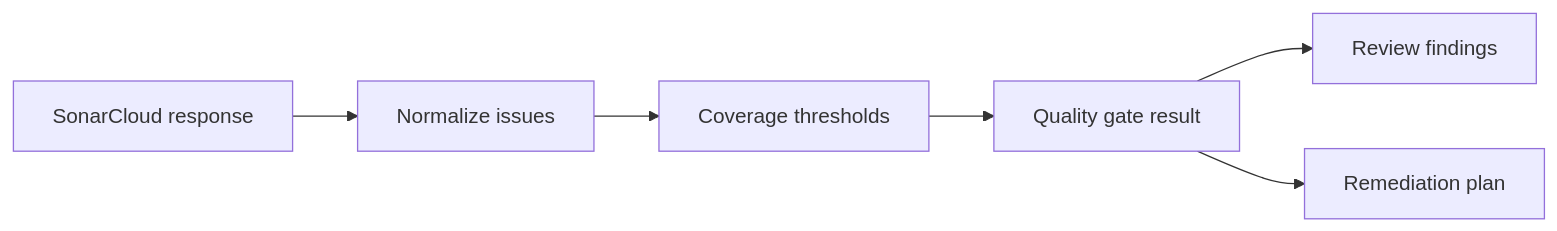
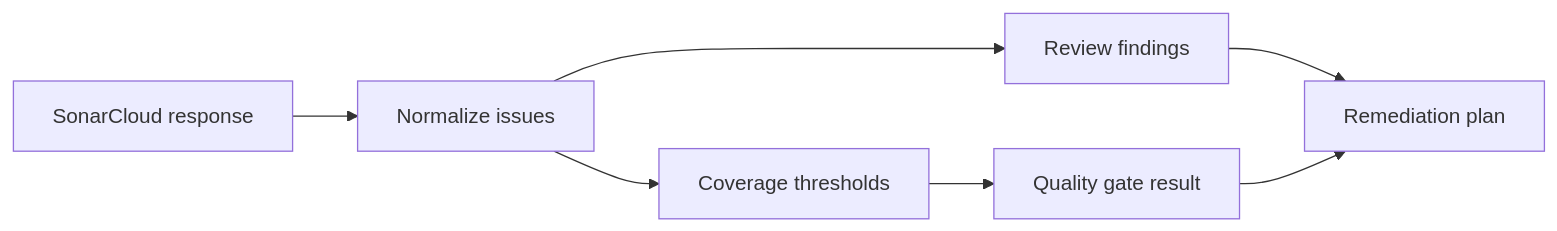
One commit to VannaDii/ironloom changed the diagram in packages/sonarcloud/README.md. Above: the diagram before and after it, drawn with Mermaid. The commit also changed other lines of this file and 9 other files, not shown here.

Commit message:
feat: project sonar issues to review findings

````diff
--- a/packages/sonarcloud/README.md
+++ b/packages/sonarcloud/README.md
@@ -11,8 +11,9 @@
 ```mermaid
 flowchart LR
   Sonar[SonarCloud response] --> Normalize[Normalize issues]
   Normalize --> Coverage[Coverage thresholds]
   Coverage --> Gate[Quality gate result]
-  Gate --> Review[Review findings]
+  Normalize --> Review[Review findings]
+  Review --> Remediation[Remediation plan]
   Gate --> Remediation[Remediation plan]
 ```
````
